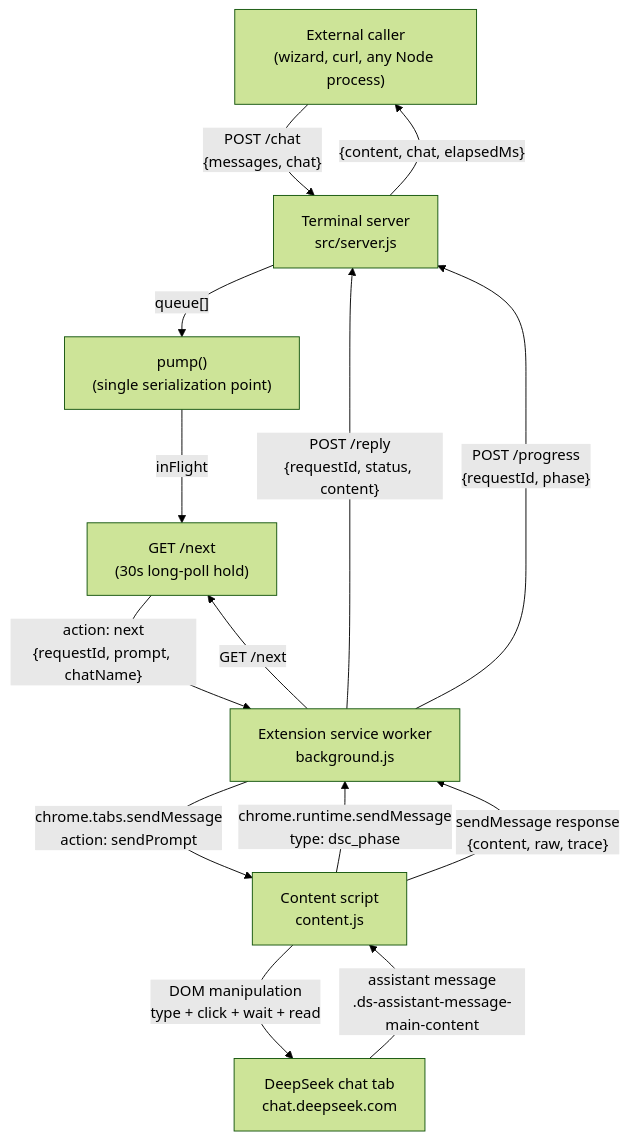
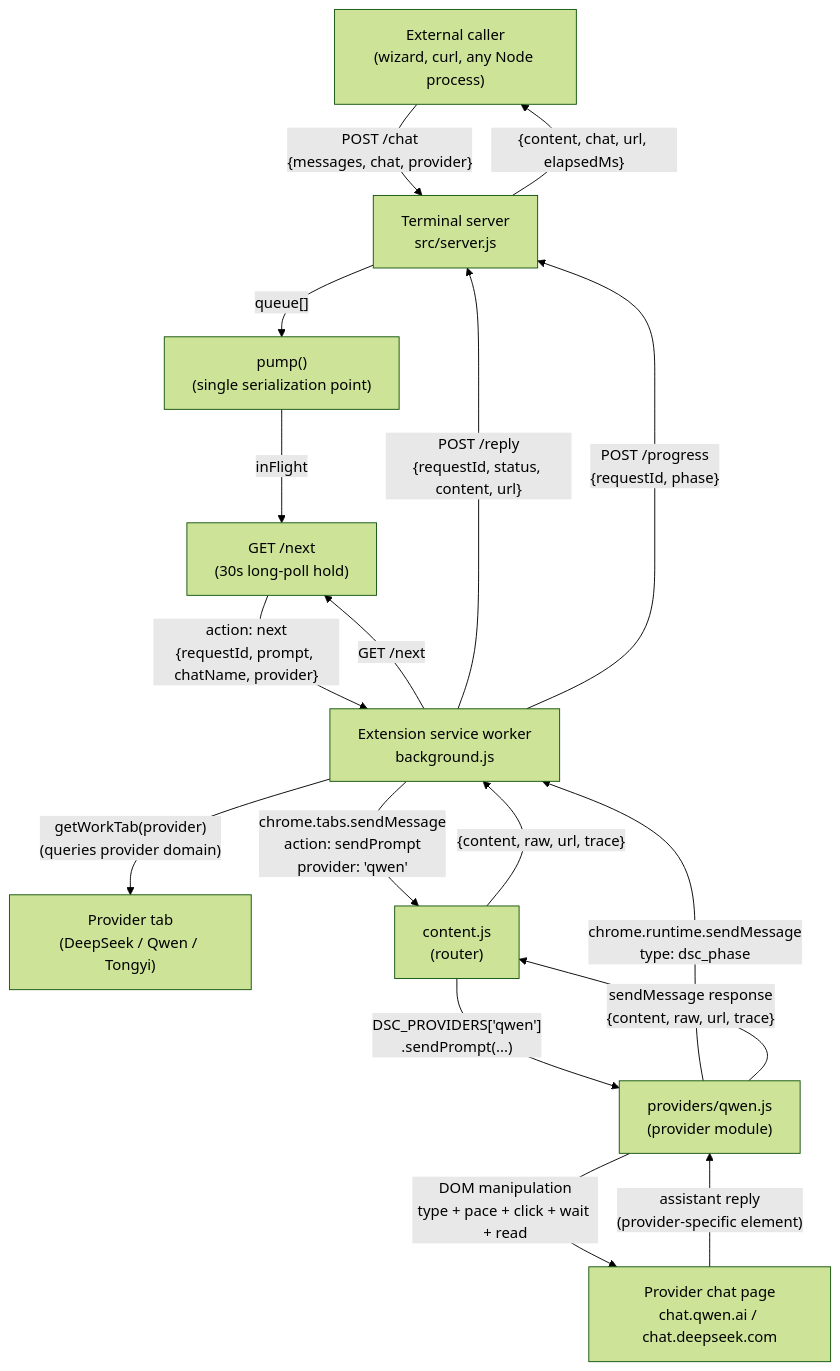
One commit to pulchowk-events/deepseek-connect changed the first of 2 diagrams in docs/architecture.md. Above: the diagram before and after it, drawn with Mermaid (forest theme). The commit also changed other lines of this file and 25 other files, not shown here.

First line of the commit message:
feat: multi-provider plugin architecture (DeepSeek + Qwen) — v0.2.0 (#4)

````diff
--- a/docs/architecture.md
+++ b/docs/architecture.md
@@ -29,21 +30,26 @@
 ```mermaid
 flowchart TD
     Caller["External caller<br/>(wizard, curl, any Node process)"]
-    Caller -->|"POST /chat<br/>{messages, chat}"| Srv["Terminal server<br/>src/server.js"]
+    Caller -->|"POST /chat<br/>{messages, chat, provider}"| Srv["Terminal server<br/>src/server.js"]
 
     Srv -->|"queue[]"| Pump["pump()<br/>(single serialization point)"]
     Pump -->|"inFlight"| Wait["GET /next<br/>(30s long-poll hold)"]
 
     Ext["Extension service worker<br/>background.js"] -->|"GET /next"| Wait
-    Wait -->|"action: next<br/>{requestId, prompt, chatName}"| Ext
+    Wait -->|"action: next<br/>{requestId, prompt, chatName, provider}"| Ext
 
-    Ext -->|"chrome.tabs.sendMessage<br/>action: sendPrompt"| Content["Content script<br/>content.js"]
-    Content -->|"DOM manipulation<br/>type + click + wait + read"| Page["DeepSeek chat tab<br/>chat.deepseek.com"]
+    Ext -->|"getWorkTab(provider)<br/>(queries provider domain)"| Pinned["Provider tab<br/>(DeepSeek / Qwen / Tongyi)"]
 
-    Page -->|"assistant message<br/>.ds-assistant-message-main-content"| Content
-    Content -->|"chrome.runtime.sendMessage<br/>type: dsc_phase"| Ext
-    Content -->|"sendMessage response<br/>{content, raw, trace}"| Ext
-    Ext -->|"POST /reply<br/>{requestId, status, content}"| Srv
+    Ext -->|"chrome.tabs.sendMessage<br/>action: sendPrompt<br/>provider: 'qwen'"| Router["content.js<br/>(router)"]
+    Router -->|"DSC_PROVIDERS['qwen']<br/>.sendPrompt(...)"| Prov["providers/qwen.js<br/>(provider module)"]
+
+    Prov -->|"DOM manipulation<br/>type + pace + click + wait + read"| Page["Provider chat page<br/>chat.qwen.ai / chat.deepseek.com"]
+
+    Page -->|"assistant reply<br/>(provider-specific element)"| Prov
+    Prov -->|"chrome.runtime.sendMessage<br/>type: dsc_phase"| Ext
+    Prov -->|"sendMessage response<br/>{content, raw, url, trace}"| Router
+    Router -->|"{content, raw, url, trace}"| Ext
+    Ext -->|"POST /reply<br/>{requestId, status, content, url}"| Srv
     Ext -->|"POST /progress<br/>{requestId, phase}"| Srv
-    Srv -->|"{content, chat, elapsedMs}"| Caller
+    Srv -->|"{content, chat, url, elapsedMs}"| Caller
 ```
````
